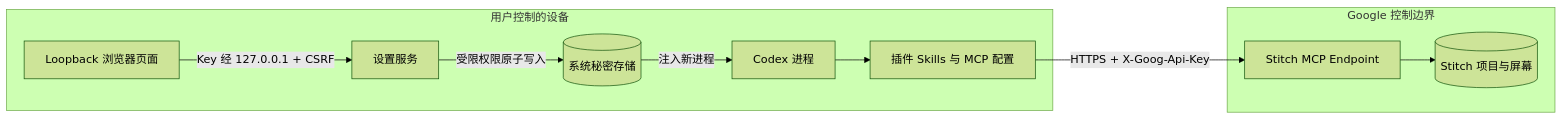
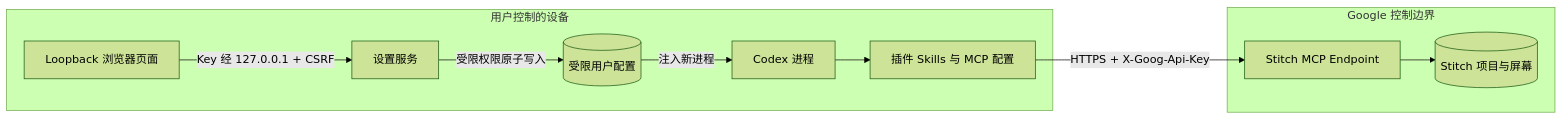
One commit to full-stack-plugins/stitch-design-plugin changed the fourth of 11 diagrams in docs/Stitch-Design-Architecture.zh_CN.md. Above: the diagram before and after it, drawn with Mermaid (forest theme). The commit also changed other lines of this file and 20 other files, not shown here.

````diff
--- a/docs/Stitch-Design-Architecture.zh_CN.md
+++ b/docs/Stitch-Design-Architecture.zh_CN.md
@@ -85,20 +85,20 @@
 ```mermaid
 flowchart LR
     subgraph Device["用户控制的设备"]
       Browser["Loopback 浏览器页面"]
       Setup["设置服务"]
-      Store[("系统秘密存储")]
+      Store[("受限用户配置")]
       Codex["Codex 进程"]
       Plugin["插件 Skills 与 MCP 配置"]
       Browser -->|"Key 经 127.0.0.1 + CSRF"| Setup
       Setup -->|"受限权限原子写入"| Store
       Store -->|"注入新进程"| Codex
       Codex --> Plugin
     end
     subgraph Google["Google 控制边界"]
       MCP["Stitch MCP Endpoint"]
       Data[("Stitch 项目与屏幕")]
       MCP --> Data
     end
     Plugin -->|"HTTPS + X-Goog-Api-Key"| MCP
 ```
````
